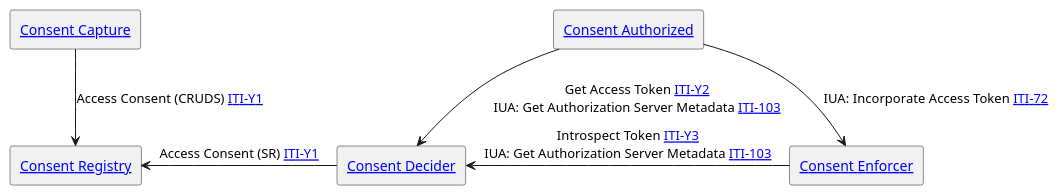
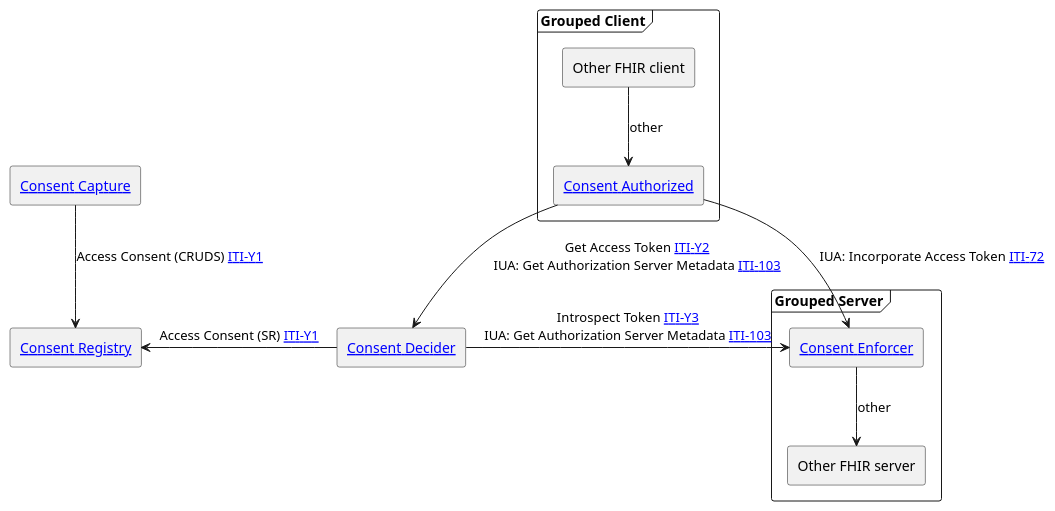
The diagram in input/images-source/ActorsAndTransactions.plantuml (IHE/ITI.PCF), drawn with PlantUML before and after one commit. The commit also changed 5 other files, not shown here.

```diff
--- a/input/images-source/ActorsAndTransactions.plantuml
+++ b/input/images-source/ActorsAndTransactions.plantuml
@@ -1,12 +1,23 @@
 @startuml
 agent "[[#consentcapture Consent Capture]]" as capture
 agent "[[#consentregistry Consent Registry]]" as registry
 capture -down-> registry : "Access Consent (CRUDS) [[ITI-Y1.html ITI-Y1]]"
+
+frame "Grouped Client" {
+agent "Other FHIR client" as otherClient
 agent "[[#consentclient Consent Authorized]]" as client 
+}
 agent "[[#consentdecider Consent Decider]]" as decider
+frame "Grouped Server" {
 agent "[[#consentenforce Consent Enforcer]]" as enforcer
+agent "Other FHIR server" as otherServer
+}
+
+otherClient -down-> client: "other"
 client -down-> decider : "Get Access Token [[ITI-Y2.html ITI-Y2]]\nIUA: Get Authorization Server Metadata [[https://profiles.ihe.net/ITI/IUA/index.html#3103-get-authorization-server-metadata-iti-103 ITI-103]]"
+
 decider -left-> registry: "Access Consent (SR) [[ITI-Y1.html ITI-Y1]]"
-client -> enforcer : "IUA: Incorporate Access Token [[https://profiles.ihe.net/ITI/IUA/index.html#372-incorporate-access-token-iti-72 ITI-72]]"
-enforcer -left-> decider : "Introspect Token [[ITI-Y3.html ITI-Y3]]\nIUA: Get Authorization Server Metadata [[https://profiles.ihe.net/ITI/IUA/index.html#3103-get-authorization-server-metadata-iti-103 ITI-103]]"
+client -down-> enforcer : "IUA: Incorporate Access Token [[https://profiles.ihe.net/ITI/IUA/index.html#372-incorporate-access-token-iti-72 ITI-72]]"
+decider -right-> enforcer : "Introspect Token [[ITI-Y3.html ITI-Y3]]\nIUA: Get Authorization Server Metadata [[https://profiles.ihe.net/ITI/IUA/index.html#3103-get-authorization-server-metadata-iti-103 ITI-103]]"
+enforcer -down-> otherServer : "other"
 @enduml
```
